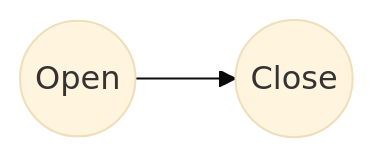
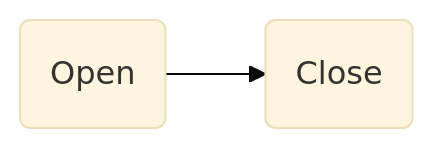
One commit to JianLoong/blog changed the diagram in content/uml/_index.md. Above: the diagram before and after it, drawn with Mermaid (base theme). The commit also changed 2 other files, not shown here.

Commit message:
Updated state chart shapes

```diff
--- a/content/uml/_index.md
+++ b/content/uml/_index.md
@@ -14,6 +14,6 @@
 <div class="mermaid" align="center">
   graph LR
-      A((Open))
-      B((Close))
+      A(Open)
+      B(Close)
       A-->B
 </div>
```
